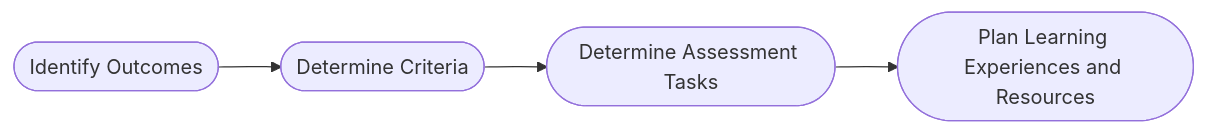
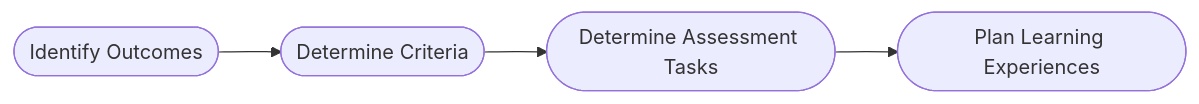
One commit to cmadland/slides changed the diagram in posts/design/design-slides.qmd. Above: the diagram before and after it, drawn with Mermaid. The commit also changed 6 other files, not shown here.

````diff
--- a/posts/design/design-slides.qmd
+++ b/posts/design/design-slides.qmd
@@ -233,6 +233,6 @@
 ```{mermaid}
 flowchart LR
   A([Identify Outcomes]) --> B([Determine Criteria])
   B --> C([Determine Assessment Tasks])
-  C --> D([Plan Learning Experiences and Resources])
+  C --> D([Plan Learning Experiences])
 ```
````
